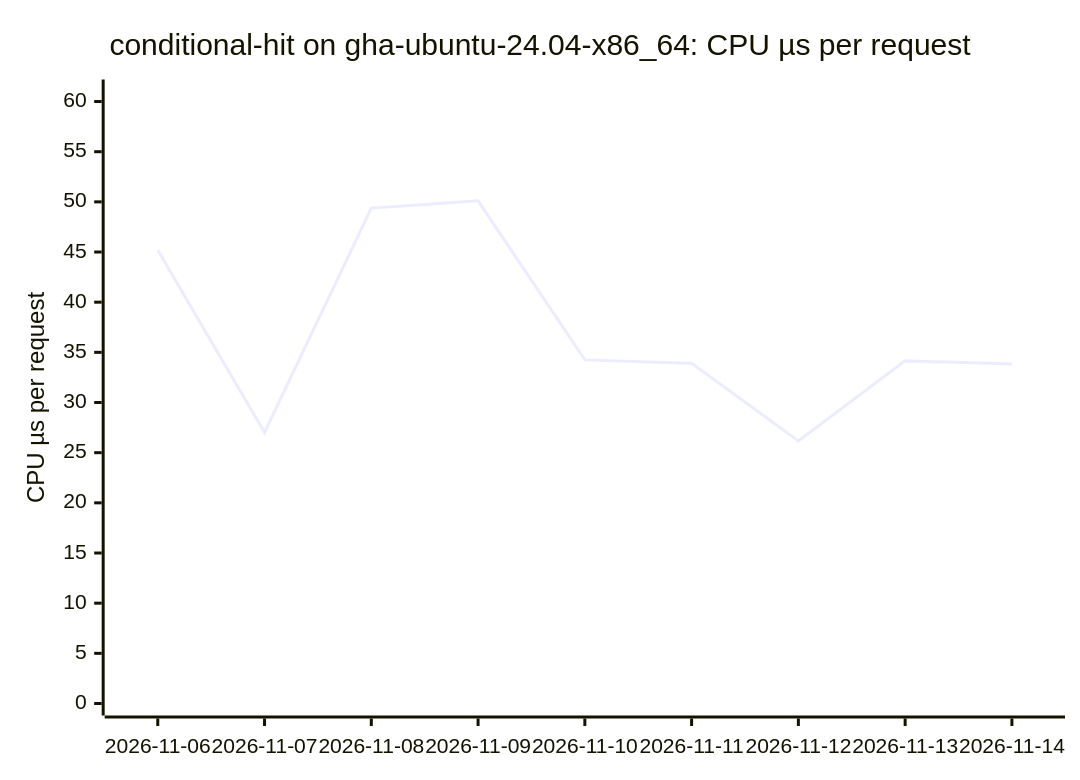
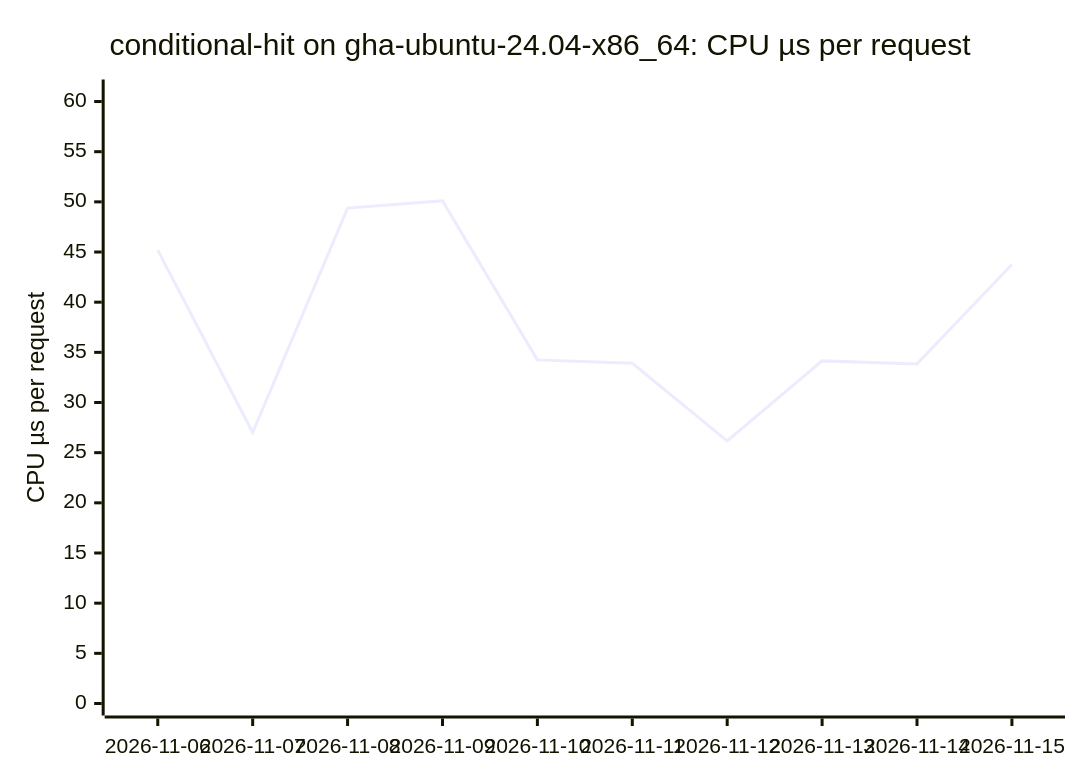
One commit to ThePixelPilgrim/durchlauferhitzer changed the eighth of 18 diagrams in BENCHMARKS.md. Above: the diagram before and after it, drawn with Mermaid. The commit also changed other lines of this file and 1 other file, not shown here.

````diff
--- a/BENCHMARKS.md
+++ b/BENCHMARKS.md
@@ -96,7 +96,7 @@
 ```mermaid
 xychart-beta
   title "conditional-hit on gha-ubuntu-24.04-x86_64: CPU µs per request"
-  x-axis ["2026-11-06", "2026-11-07", "2026-11-08", "2026-11-09", "2026-11-10", "2026-11-11", "2026-11-12", "2026-11-13", "2026-11-14"]
+  x-axis ["2026-11-06", "2026-11-07", "2026-11-08", "2026-11-09", "2026-11-10", "2026-11-11", "2026-11-12", "2026-11-13", "2026-11-14", "2026-11-15"]
   y-axis "CPU µs per request" 0 --> 61
-  line [45.19, 27.01, 49.38, 50.10, 34.25, 33.91, 26.17, 34.15, 33.85]
+  line [45.19, 27.01, 49.38, 50.10, 34.25, 33.91, 26.17, 34.15, 33.85, 43.76]
 ```
````
